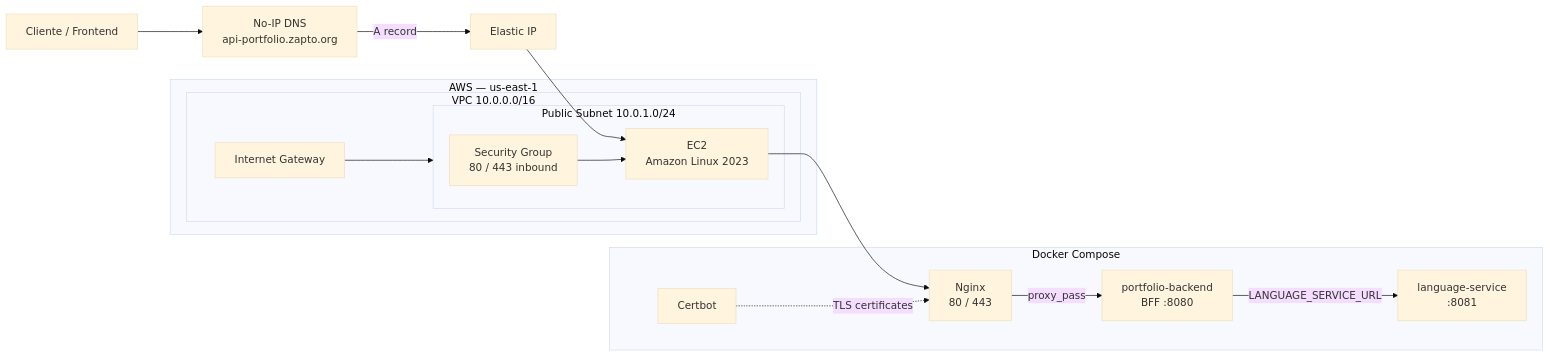
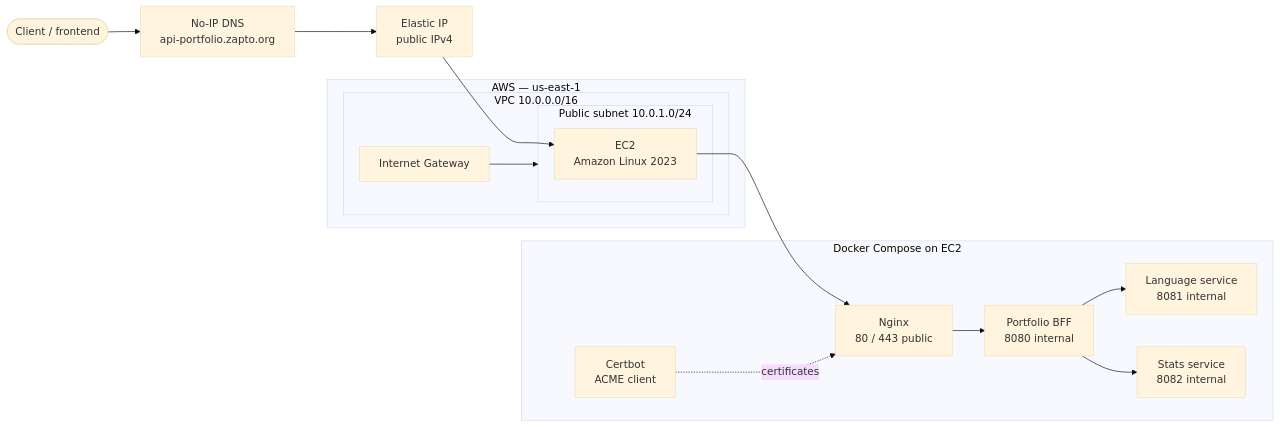
The first of 13 diagrams in README.md (JuanSlaterT/portfolio-arq-terraform), drawn with Mermaid (base theme) before and after one commit. The commit also changed other lines of this file and 5 other files, not shown here.

Commit message:
ADDED stats service AND UPDATED readme.md

````diff
--- a/README.md
+++ b/README.md
@@ -53,32 +49,31 @@
 ```mermaid
 flowchart LR
-    U[Cliente / Frontend] --> DNS["No-IP DNS<br/>api-portfolio.zapto.org"]
-    DNS -->|A record| EIP[Elastic IP]
+    Client([Client / frontend]) --> DNS["No-IP DNS<br/>api-portfolio.zapto.org"]
+    DNS --> EIP["Elastic IP<br/>public IPv4"]
 
     subgraph AWS["AWS — us-east-1"]
         subgraph VPC["VPC 10.0.0.0/16"]
             IGW[Internet Gateway]
-
-            subgraph SUBNET["Public Subnet 10.0.1.0/24"]
-                SG["Security Group<br/>80 / 443 inbound"]
+            subgraph Subnet["Public subnet 10.0.1.0/24"]
                 EC2["EC2<br/>Amazon Linux 2023"]
             end
         end
     end
 
     EIP --> EC2
-    IGW --> SUBNET
-    SG --> EC2
+    IGW --> Subnet
 
-    subgraph DOCKER["Docker Compose"]
-        NGINX["Nginx<br/>80 / 443"]
-        BFF["portfolio-backend<br/>BFF :8080"]
-        LANG["language-service<br/>:8081"]
-        CERTBOT["Certbot"]
+    subgraph Compose["Docker Compose on EC2"]
+        Nginx["Nginx<br/>80 / 443 public"]
+        BFF["Portfolio BFF<br/>8080 internal"]
+        Language["Language service<br/>8081 internal"]
+        Stats["Stats service<br/>8082 internal"]
+        Certbot["Certbot<br/>ACME client"]
     end
 
-    EC2 --> NGINX
-    NGINX -->|proxy_pass| BFF
-    BFF -->|LANGUAGE_SERVICE_URL| LANG
-    CERTBOT -. TLS certificates .-> NGINX
+    EC2 --> Nginx
+    Nginx --> BFF
+    BFF --> Language
+    BFF --> Stats
+    Certbot -. certificates .-> Nginx
 ```
````
